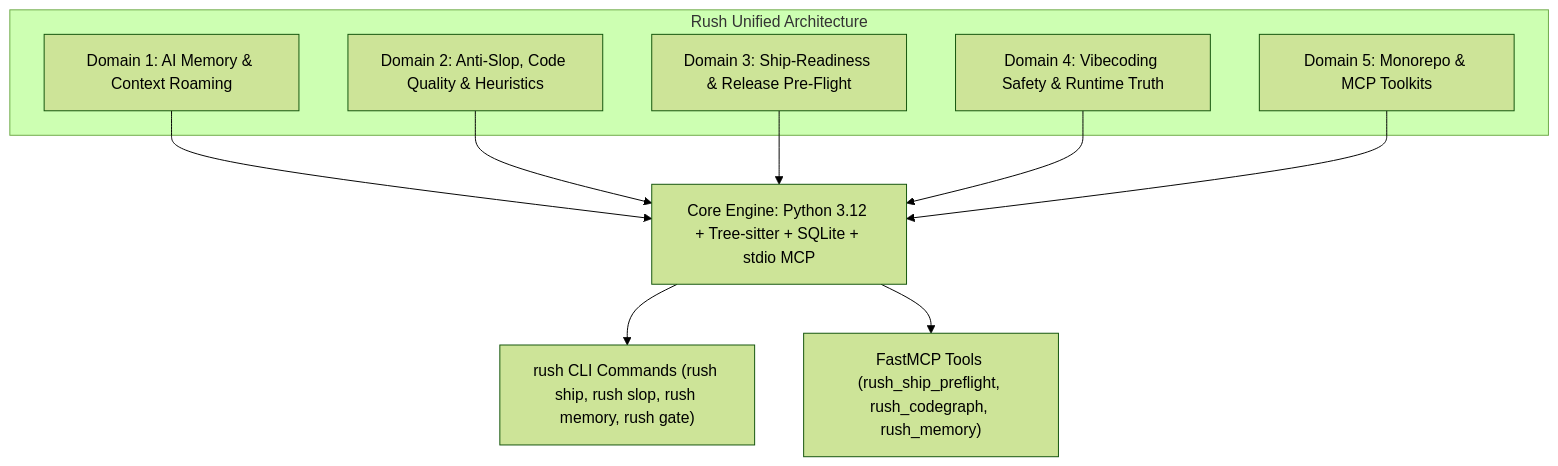
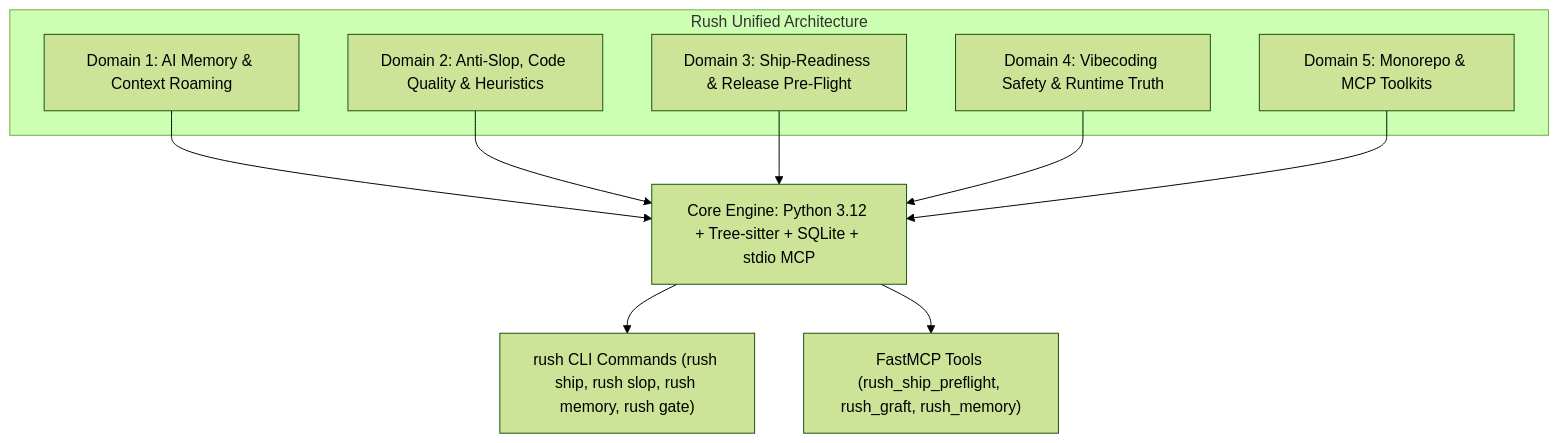
Before and after one commit to jamesdsizemore/rush-cli: the diagram in docs/developer/rush-integrations-report.md, drawn with Mermaid (forest theme). The commit also changed other lines of this file, not shown here.

Commit message:
docs(research): align integrations report with graft and clean terminology

````diff
--- a/docs/developer/rush-integrations-report.md
+++ b/docs/developer/rush-integrations-report.md
@@ -16,19 +16,19 @@
 ```mermaid
 flowchart TD
     subgraph Rush["Rush Unified Architecture"]
         M[Domain 1: AI Memory & Context Roaming]
         Q[Domain 2: Anti-Slop, Code Quality & Heuristics]
         S[Domain 3: Ship-Readiness & Release Pre-Flight]
         V[Domain 4: Vibecoding Safety & Runtime Truth]
         T[Domain 5: Monorepo & MCP Toolkits]
     end
 
     M --> Engine[Core Engine: Python 3.12 + Tree-sitter + SQLite + stdio MCP]
     Q --> Engine
     S --> Engine
     V --> Engine
     T --> Engine
 
     Engine --> CLI["rush CLI Commands (rush ship, rush slop, rush memory, rush gate)"]
-    Engine --> MCP["FastMCP Tools (rush_ship_preflight, rush_codegraph, rush_memory)"]
+    Engine --> MCP["FastMCP Tools (rush_ship_preflight, rush_graft, rush_memory)"]
 ```
````
